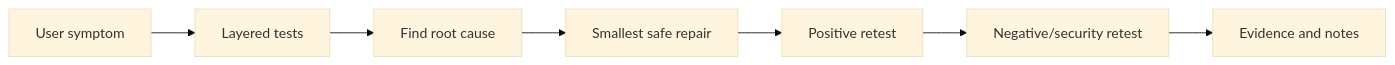
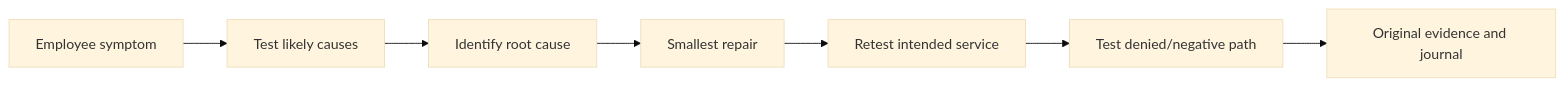
The diagram in docs/explore/TESTS_AND_RECOVERY.md (EtiDavid/Nova-Corp), drawn with Mermaid (base theme) before and after one commit. The commit also changed other lines of this file, not shown here.

Commit message:
Turn Incident Lab into 16 clickable evidence-linked investigations with commands and expected/actual results

````diff
--- a/docs/explore/TESTS_AND_RECOVERY.md
+++ b/docs/explore/TESTS_AND_RECOVERY.md
@@ -26,9 +30,9 @@
 ```mermaid
 flowchart LR
-    S["User symptom"] --> T["Layered tests"]
-    T --> C["Find root cause"]
-    C --> F["Smallest safe repair"]
-    F --> P["Positive retest"]
-    P --> N["Negative/security retest"]
-    N --> E["Evidence and notes"]
+    S["Employee symptom"] --> T["Test likely causes"]
+    T --> C["Identify root cause"]
+    C --> F["Smallest repair"]
+    F --> P["Retest intended service"]
+    P --> N["Test denied/negative path"]
+    N --> E["Original evidence and journal"]
 ```
````
